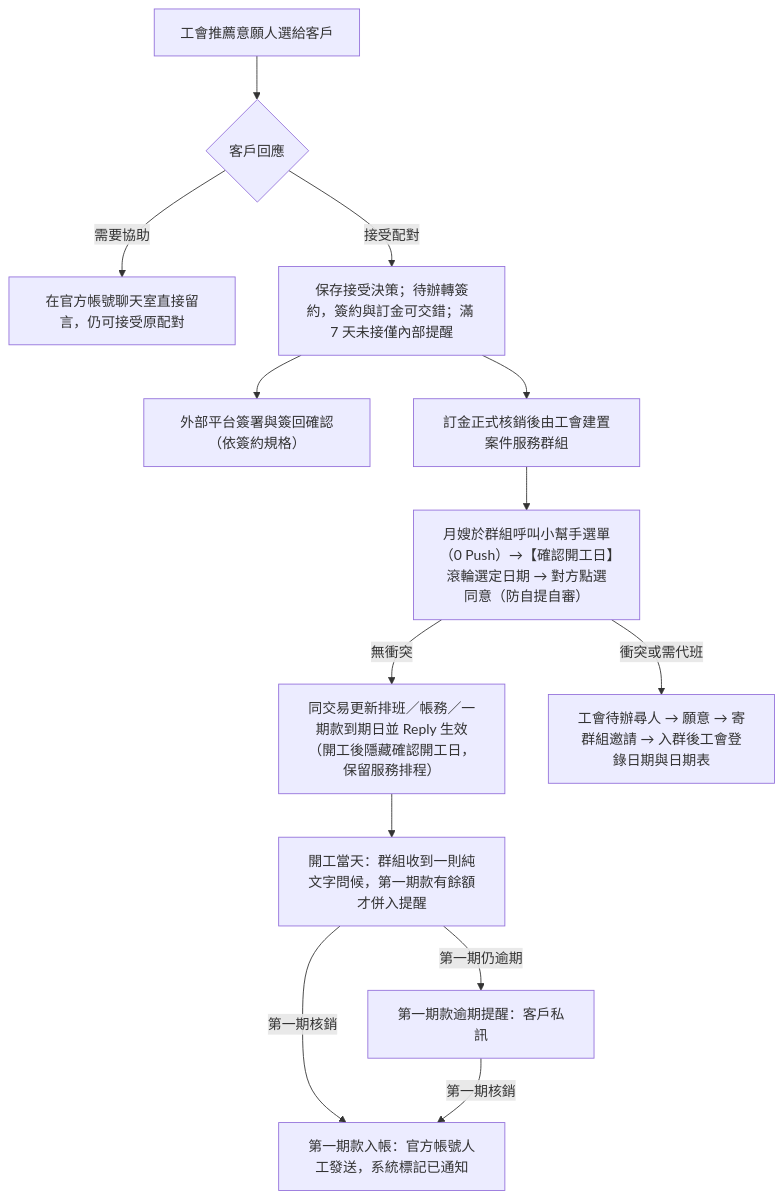
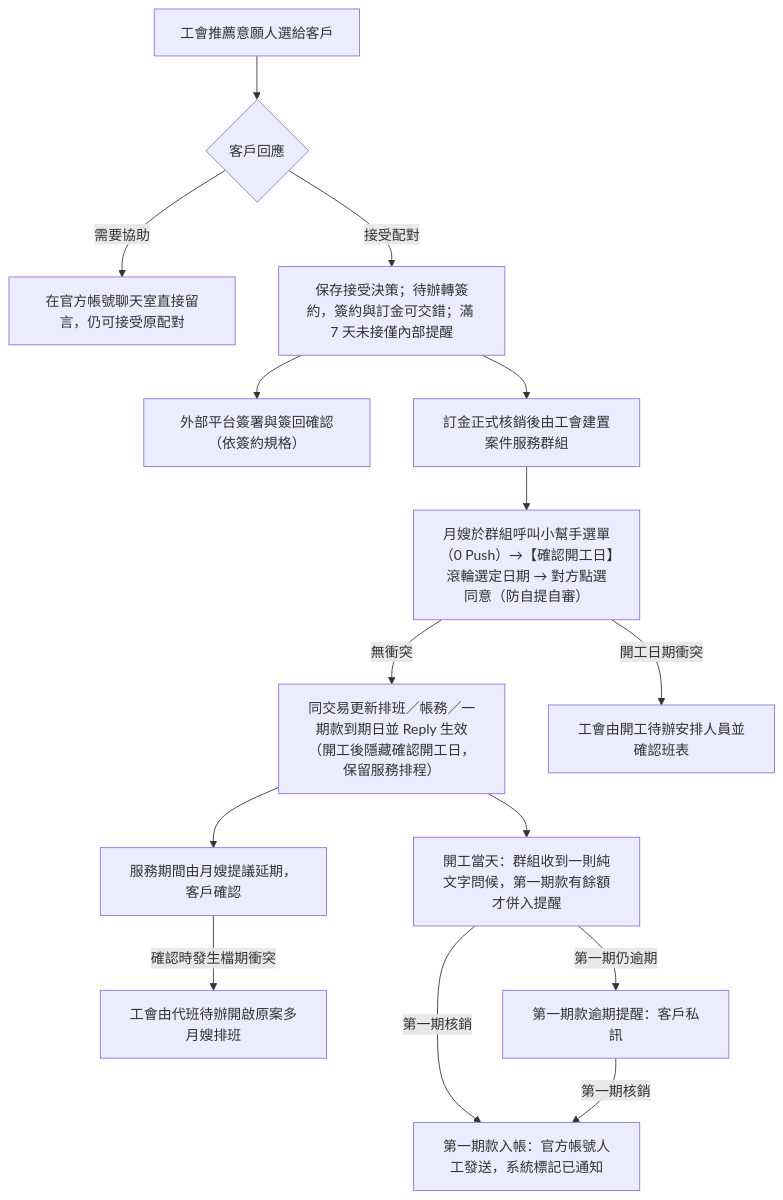
One commit to chrishzc/Labor_union changed the third of 3 diagrams in document/架構重整/01_規格基線/26_LINE四大模組Eraser流程圖轉錄與驗收基線.md. Above: the diagram before and after it, drawn with Mermaid. The commit also changed other lines of this file and 71 other files, not shown here.

````diff
--- a/document/架構重整/01_規格基線/26_LINE四大模組Eraser流程圖轉錄與驗收基線.md
+++ b/document/架構重整/01_規格基線/26_LINE四大模組Eraser流程圖轉錄與驗收基線.md
@@ -112,15 +112,17 @@
 ```mermaid
 flowchart TD
   A["工會推薦意願人選給客戶"] --> B{"客戶回應"}
   B -->|需要協助| C["在官方帳號聊天室直接留言，仍可接受原配對"]
   B -->|接受配對| D["保存接受決策；待辦轉簽約，簽約與訂金可交錯；滿 7 天未接僅內部提醒"]
   D --> S["外部平台簽署與簽回確認（依簽約規格）"]
   D --> E["訂金正式核銷後由工會建置案件服務群組"]
   E --> F["月嫂於群組呼叫小幫手選單（0 Push）→【確認開工日】滾輪選定日期 → 對方點選同意（防自提自審）"]
   F -->|無衝突| G["同交易更新排班／帳務／一期款到期日並 Reply 生效（開工後隱藏確認開工日，保留服務排程）"]
-  F -->|衝突或需代班| H["工會待辦尋人 → 願意 → 寄群組邀請 → 入群後工會登錄日期與日期表"]
+  F -->|開工日期衝突| H["工會由開工待辦安排人員並確認班表"]
+  G --> M["服務期間由月嫂提議延期，客戶確認"]
+  M -->|確認時發生檔期衝突| L["工會由代班待辦開啟原案多月嫂排班"]
   G --> I["開工當天：群組收到一則純文字問候，第一期款有餘額才併入提醒"]
   I -->|第一期仍逾期| J["第一期款逾期提醒：客戶私訊"]
   I -->|第一期核銷| K["第一期款入帳：官方帳號人工發送，系統標記已通知"]
   J -->|第一期核銷| K
 ```
````
